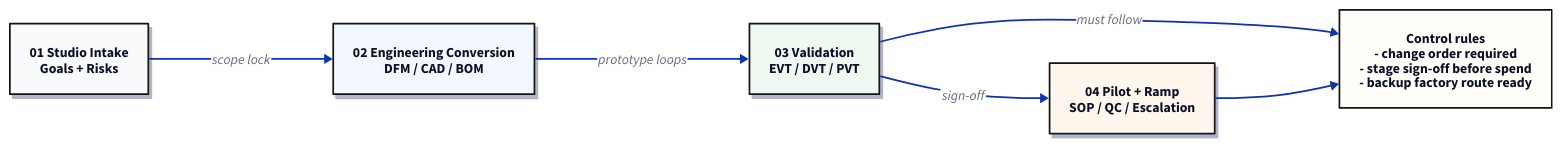
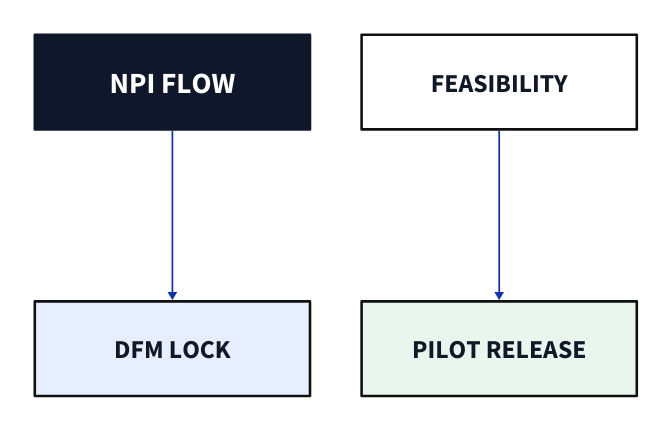
The diagram in assets/covers/d2/cover-process.d2 (shenlian583-afk/tianan), drawn with D2 before and after one commit. The commit also changed 23 other files, not shown here.

```diff
--- a/assets/covers/d2/cover-process.d2
+++ b/assets/covers/d2/cover-process.d2
@@ -1,48 +1,58 @@
-direction: right
+direction: down
 
-intake: {
-  label: "01 Studio Intake\nGoals + Risks"
-  style.fill: "#F9FAFC"
-  style.stroke: "#121212"
-  style.stroke-width: 2
-  style.shadow: true
+r1: {
+  label: ""
+  style.stroke-width: 0
+  style.fill: "transparent"
+  direction: right
+  a: {
+    label: "NPI FLOW"
+    width: 320
+    height: 110
+    style.fill: "#0F172A"
+    style.stroke: "#0F172A"
+    style.stroke-width: 3
+    style.font-color: "#FFFFFF"
+    style.font-size: 34
+  }
+  b: {
+    label: "FEASIBILITY"
+    width: 320
+    height: 110
+    style.fill: "#FFFFFF"
+    style.stroke: "#101010"
+    style.stroke-width: 3
+    style.font-size: 30
+    style.font-color: "#111827"
+  }
 }
 
-dfm: {
-  label: "02 Engineering Conversion\nDFM / CAD / BOM"
-  style.fill: "#F3F7FF"
-  style.stroke: "#121212"
-  style.stroke-width: 2
-  style.shadow: true
+r2: {
+  label: ""
+  style.stroke-width: 0
+  style.fill: "transparent"
+  direction: right
+  c: {
+    label: "DFM LOCK"
+    width: 320
+    height: 110
+    style.fill: "#E7EEFF"
+    style.stroke: "#101010"
+    style.stroke-width: 3
+    style.font-size: 30
+    style.font-color: "#111827"
+  }
+  d: {
+    label: "PILOT RELEASE"
+    width: 320
+    height: 110
+    style.fill: "#E8F6EE"
+    style.stroke: "#101010"
+    style.stroke-width: 3
+    style.font-size: 30
+    style.font-color: "#111827"
+  }
 }
 
-validate: {
-  label: "03 Validation\nEVT / DVT / PVT"
-  style.fill: "#EEF9F2"
-  style.stroke: "#121212"
-  style.stroke-width: 2
-  style.shadow: true
-}
-
-pilot: {
-  label: "04 Pilot + Ramp\nSOP / QC / Escalation"
-  style.fill: "#FFF6EE"
-  style.stroke: "#121212"
-  style.stroke-width: 2
-  style.shadow: true
-}
-
-intake -> dfm: "scope lock"
-dfm -> validate: "prototype loops"
-validate -> pilot: "sign-off"
-
-controls: {
-  label: "Control rules\n- change order required\n- stage sign-off before spend\n- backup factory route ready"
-  shape: rectangle
-  style.fill: "#FFFDF7"
-  style.stroke: "#121212"
-  style.stroke-width: 2
-}
-
-validate -> controls: "must follow"
-pilot -> controls
+r1.a -> r2.c
+r1.b -> r2.d
```
